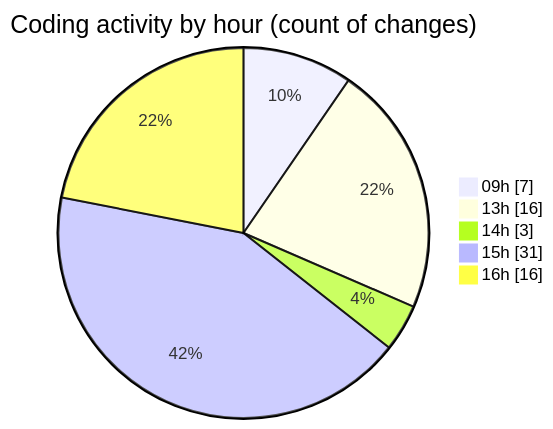
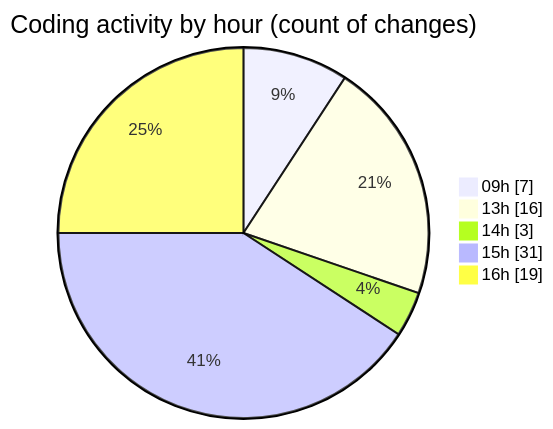
The second of 2 diagrams in 2025-01-31/cda/README.md (momahboobian/code-tracking), drawn with Mermaid before and after one commit. The commit also changed other lines of this file and 1 other file, not shown here.

````diff
--- a/2025-01-31/cda/README.md
+++ b/2025-01-31/cda/README.md
@@ -36,9 +36,9 @@
 ```mermaid
 pie showData
 title Coding activity by hour (count of changes)
 "09h" : 7
 "13h" : 16
 "14h" : 3
 "15h" : 31
-"16h" : 16
+"16h" : 19
 ```
````
